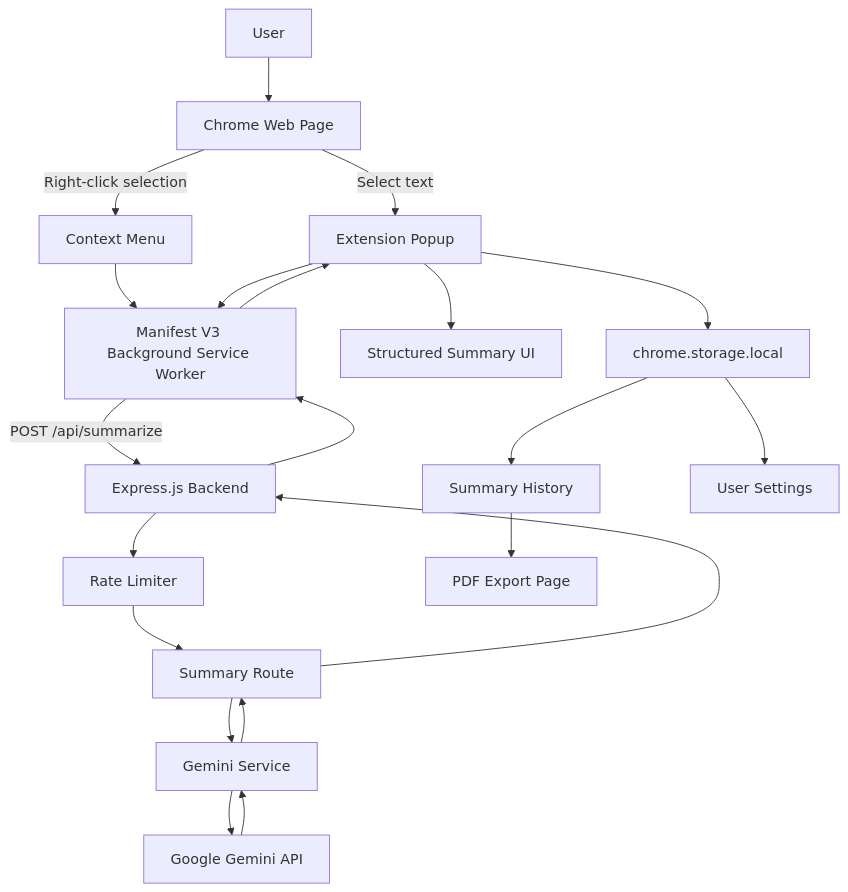
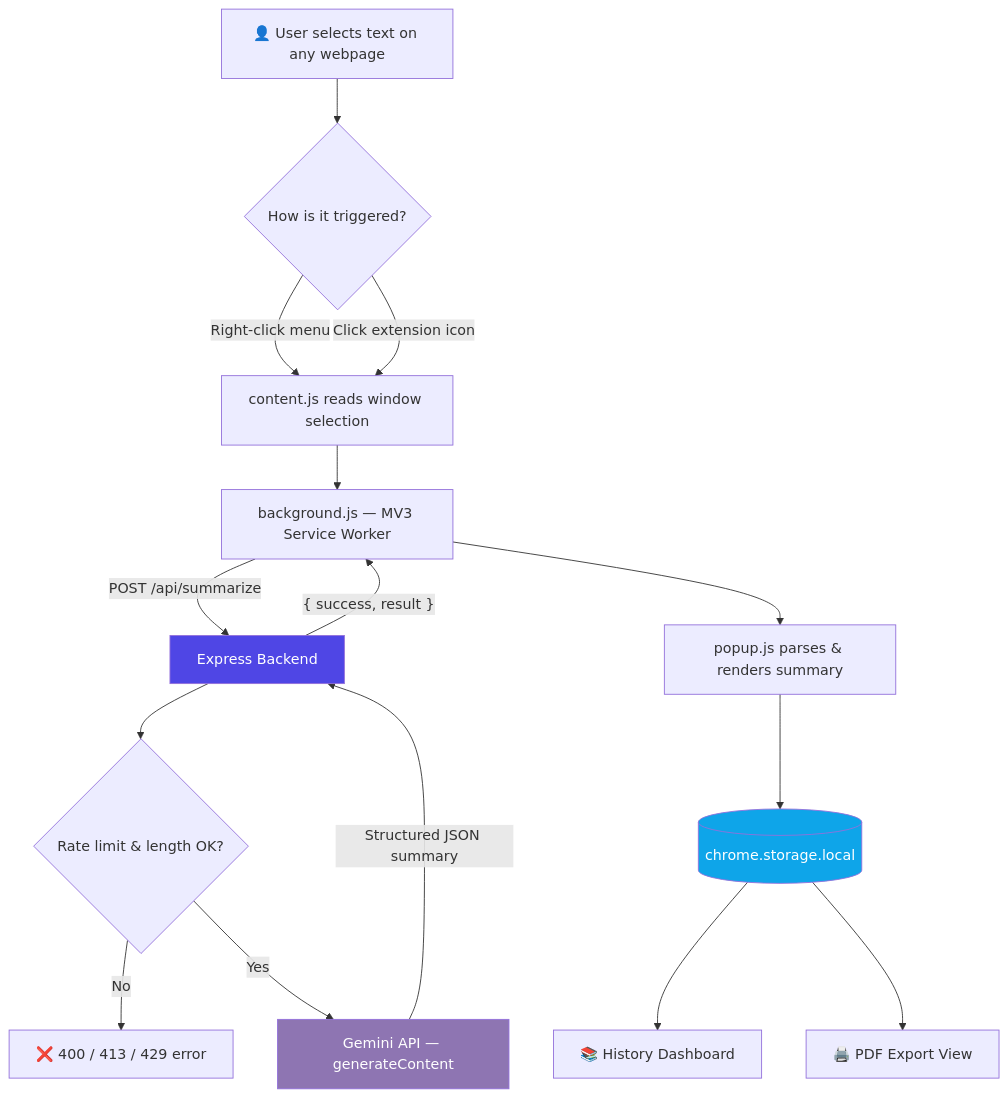
One commit to tusharkkp/AI-Web-Summarizer-Extension changed the first of 2 diagrams in README.md. Above: the diagram before and after it, drawn with Mermaid. The commit also changed other lines of this file, not shown here.

````diff
--- a/README.md
+++ b/README.md
@@ -172,32 +130,21 @@
 ```mermaid
 flowchart TD
-    U[User] --> W[Chrome Web Page]
+    A[👤 User selects text on any webpage] --> B{How is it triggered?}
+    B -->|Right-click menu| C[content.js reads window selection]
+    B -->|Click extension icon| C
+    C --> D[background.js — MV3 Service Worker]
+    D -->|"POST /api/summarize"| E[Express Backend]
+    E --> F{Rate limit & length OK?}
+    F -->|No| Z[❌ 400 / 413 / 429 error]
+    F -->|Yes| G[Gemini API — generateContent]
+    G -->|Structured JSON summary| E
+    E -->|"{ success, result }"| D
+    D --> H[popup.js parses & renders summary]
+    H --> I[(chrome.storage.local)]
+    I --> J[📚 History Dashboard]
+    I --> K[🖨️ PDF Export View]
 
-    W -->|Select text| P[Extension Popup]
-    W -->|Right-click selection| C[Context Menu]
-
-    C --> BG[Manifest V3 Background Service Worker]
-    P --> BG
-
-    BG -->|POST /api/summarize| API[Express.js Backend]
-
-    API --> RL[Rate Limiter]
-    RL --> SR[Summary Route]
-
-    SR --> GS[Gemini Service]
-    GS --> GA[Google Gemini API]
-
-    GA --> GS
-    GS --> SR
-    SR --> API
-    API --> BG
-
-    BG --> P
-    P --> R[Structured Summary UI]
-
-    P --> CS[chrome.storage.local]
-    CS --> H[Summary History]
-    CS --> S[User Settings]
-
-    H --> EX[PDF Export Page]
+    style E fill:#4f46e5,color:#fff
+    style G fill:#8E75B2,color:#fff
+    style I fill:#0ea5e9,color:#fff
 ```
````
